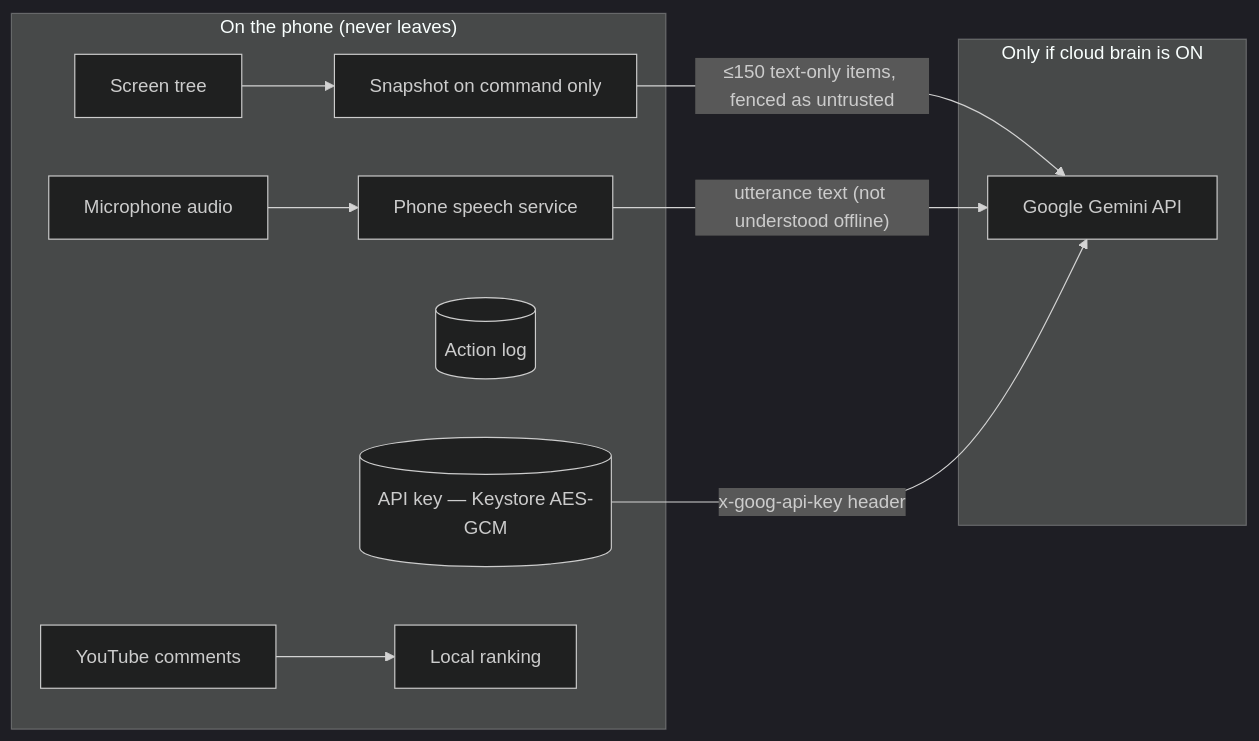
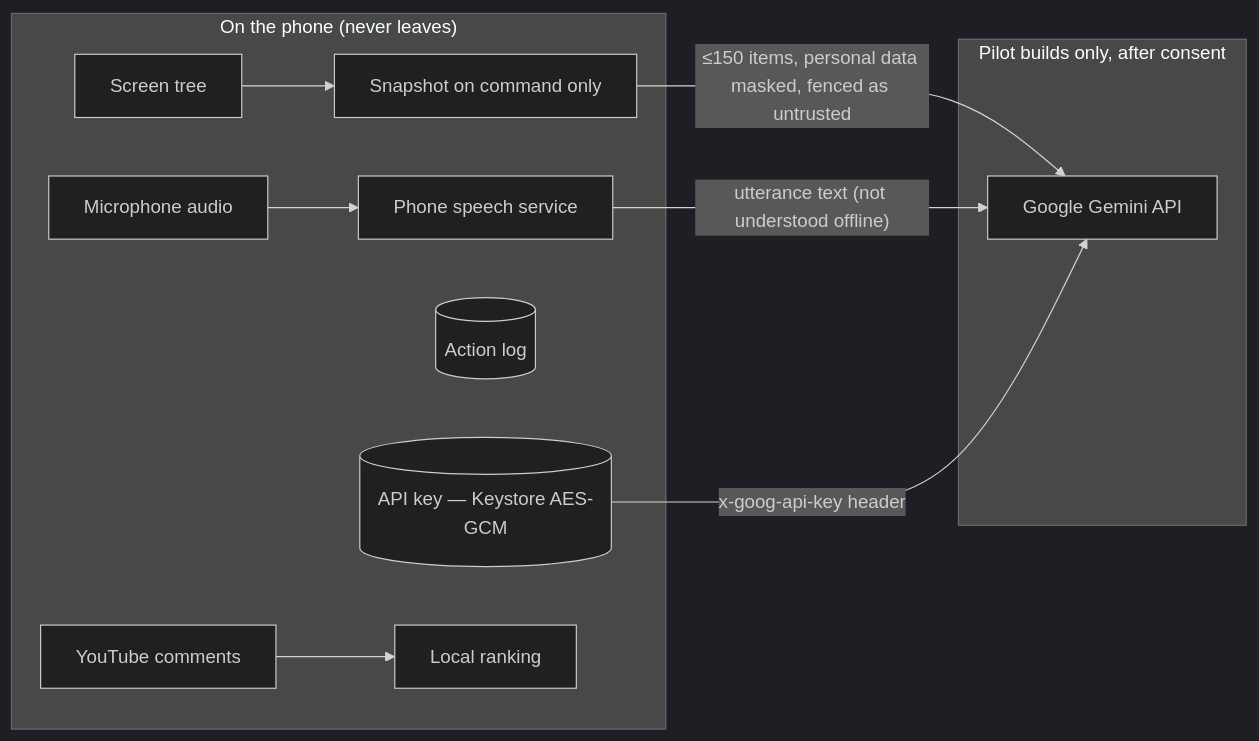
Before and after one commit to abrahamhl/voz: the third of 3 diagrams in docs/ARCHITECTURE.md, drawn with Mermaid (dark theme). The commit also changed other lines of this file and 13 other files, not shown here.

````diff
--- a/docs/ARCHITECTURE.md
+++ b/docs/ARCHITECTURE.md
@@ -83,16 +83,16 @@
 ```mermaid
 flowchart LR
   subgraph phone["On the phone (never leaves)"]
     mic[Microphone audio] --> stt[Phone speech service]
     screen[Screen tree] --> snap[Snapshot on command only]
     log[(Action log)]
     key[(API key — Keystore AES-GCM)]
     comments[YouTube comments] --> ranker[Local ranking]
   end
-  subgraph cloud["Only if cloud brain is ON"]
+  subgraph cloud["Pilot builds only, after consent"]
     gem[Google Gemini API]
   end
-  snap -- "≤150 text-only items, fenced as untrusted" --> gem
+  snap -- "≤150 items, personal data masked, fenced as untrusted" --> gem
   stt -- "utterance text (not understood offline)" --> gem
   key -- "x-goog-api-key header" --> gem
 ```
````
